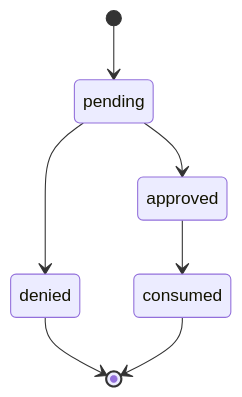
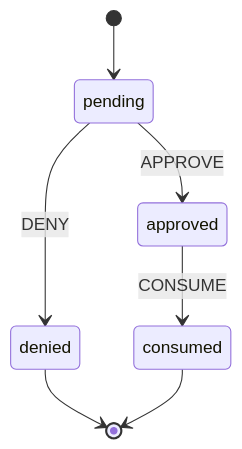
One commit to kody-hq/kody changed the first of 51 diagrams in docs/contributing/state-machines.md. Above: the diagram before and after it, drawn with Mermaid. The commit also changed other lines of this file and 129 other files, not shown here.

````diff
--- a/docs/contributing/state-machines.md
+++ b/docs/contributing/state-machines.md
@@ -40,9 +50,9 @@
 ```mermaid
 stateDiagram-v2
     [*] --> pending
-    pending --> approved
-    pending --> denied
-    approved --> consumed
+    pending --> approved: APPROVE
+    pending --> denied: DENY
+    approved --> consumed: CONSUME
     denied --> [*]
     consumed --> [*]
 ```
````
